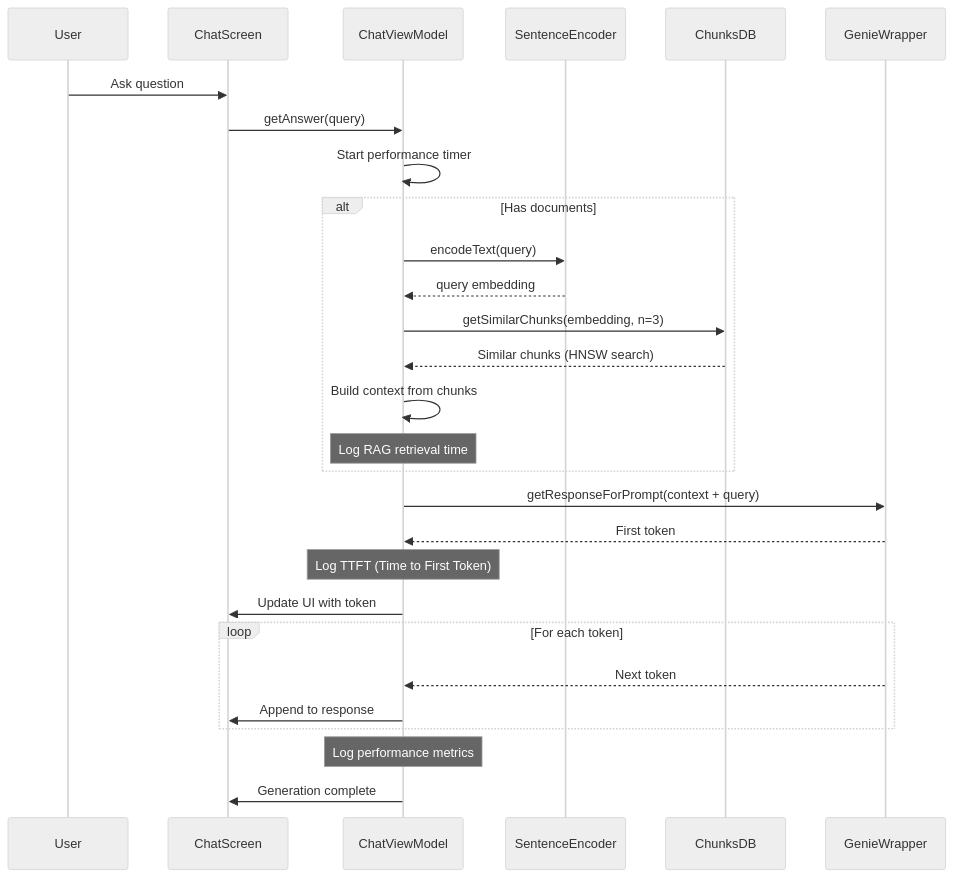
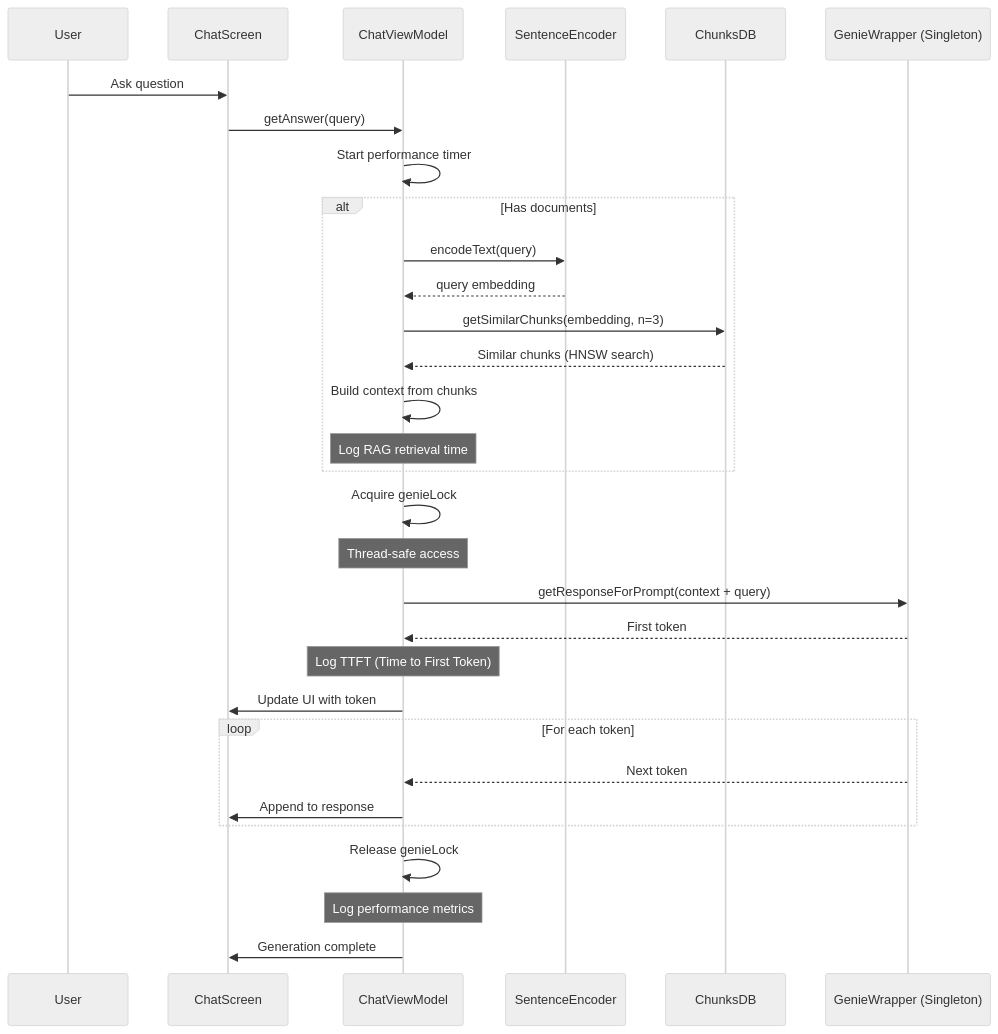
The second of 5 diagrams in app/architecture-diagrams.md (bismansahni/Qualcomm-ondevice-rag), drawn with Mermaid (neutral theme) before and after one commit. The commit also changed other lines of this file, not shown here.

````diff
--- a/app/architecture-diagrams.md
+++ b/app/architecture-diagrams.md
@@ -68,35 +77,38 @@
 ```mermaid
 sequenceDiagram
     participant User
     participant ChatScreen
     participant ChatVM as ChatViewModel
     participant Encoder as SentenceEncoder
     participant ChunksDB
-    participant Genie as GenieWrapper
+    participant Genie as GenieWrapper (Singleton)
 
     User->>ChatScreen: Ask question
     ChatScreen->>ChatVM: getAnswer(query)
     ChatVM->>ChatVM: Start performance timer
 
     alt Has documents
         ChatVM->>Encoder: encodeText(query)
         Encoder-->>ChatVM: query embedding
         ChatVM->>ChunksDB: getSimilarChunks(embedding, n=3)
         ChunksDB-->>ChatVM: Similar chunks (HNSW search)
         ChatVM->>ChatVM: Build context from chunks
         Note over ChatVM: Log RAG retrieval time
     end
 
+    ChatVM->>ChatVM: Acquire genieLock
+    Note over ChatVM: Thread-safe access
     ChatVM->>Genie: getResponseForPrompt(context + query)
     Genie-->>ChatVM: First token
     Note over ChatVM: Log TTFT (Time to First Token)
     ChatVM->>ChatScreen: Update UI with token
 
     loop For each token
         Genie-->>ChatVM: Next token
         ChatVM->>ChatScreen: Append to response
     end
 
+    ChatVM->>ChatVM: Release genieLock
     Note over ChatVM: Log performance metrics
     ChatVM->>ChatScreen: Generation complete
 ```
````
